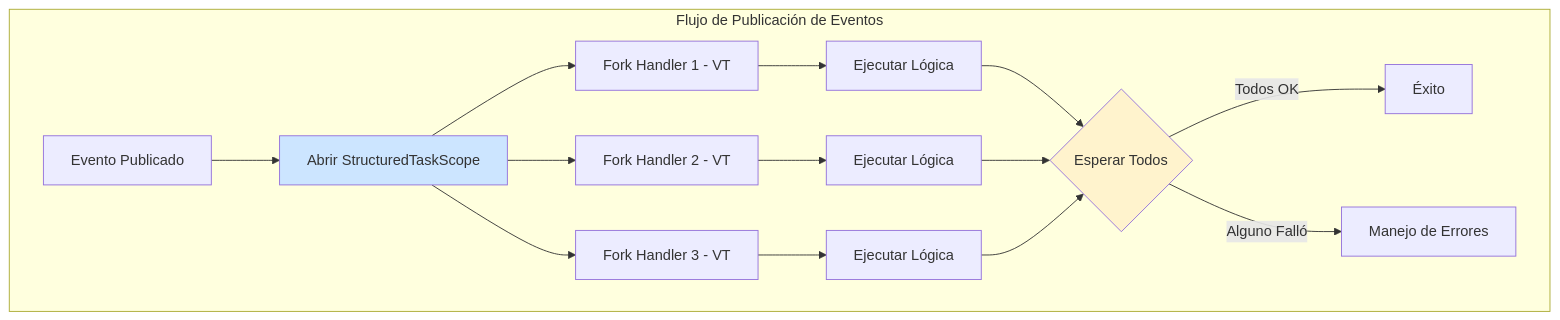
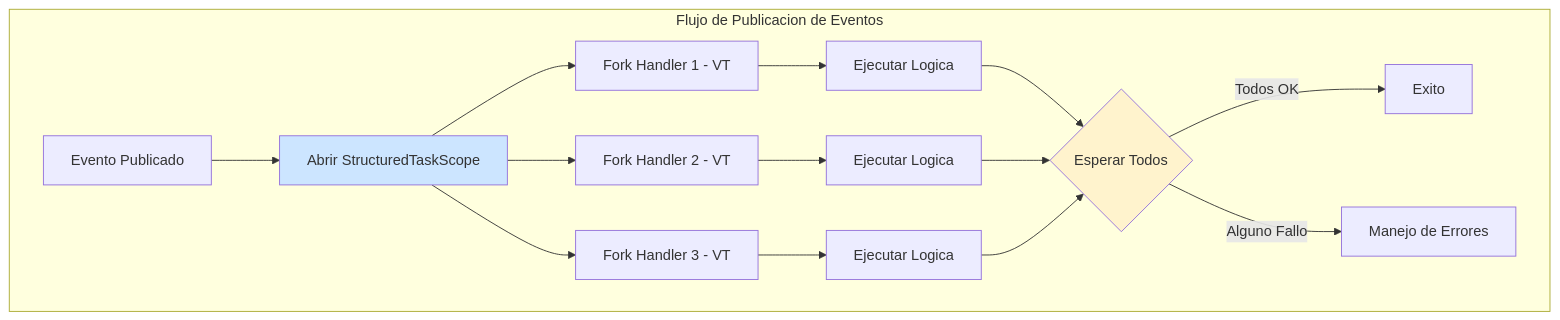
The third of 4 diagrams in 01_Java_Core/patrones_strategy_y_observer_en_java_21:_implementación_con_sealed_interfaces,_pattern_matching_sobre_records_y_desacoplamiento_funcional_sin_efectos_secundarios_STAFF.md (Joaquinriosheredia/DAM-Java-Mastery), drawn with Mermaid before and after one commit. The commit also changed other lines of this file, not shown here.

````diff
--- a/01_Java_Core/patrones_strategy_y_observer_en_java_21:_implementación_con_sealed_interfaces,_pattern_matching_sobre_records_y_desacoplamiento_funcional_sin_efectos_secundarios_STAFF.md
+++ b/01_Java_Core/patrones_strategy_y_observer_en_java_21:_implementación_con_sealed_interfaces,_pattern_matching_sobre_records_y_desacoplamiento_funcional_sin_efectos_secundarios_STAFF.md
@@ -298,23 +347,23 @@
 ```mermaid
 graph TD
-    subgraph "Flujo de Publicación de Eventos"
+    subgraph "Flujo de Publicacion de Eventos"
         EVT[Evento Publicado] --> SCOPE[Abrir StructuredTaskScope]
         SCOPE --> FORK1[Fork Handler 1 - VT]
         SCOPE --> FORK2[Fork Handler 2 - VT]
         SCOPE --> FORK3[Fork Handler 3 - VT]
         
-        FORK1 --> EXEC1[Ejecutar Lógica]
-        FORK2 --> EXEC2[Ejecutar Lógica]
-        FORK3 --> EXEC3[Ejecutar Lógica]
+        FORK1 --> EXEC1[Ejecutar Logica]
+        FORK2 --> EXEC2[Ejecutar Logica]
+        FORK3 --> EXEC3[Ejecutar Logica]
         
         EXEC1 --> JOIN{Esperar Todos}
         EXEC2 --> JOIN
         EXEC3 --> JOIN
         
-        JOIN -->|Todos OK| DONE[Éxito]
-        JOIN -->|Alguno Falló| ERR[Manejo de Errores]
+        JOIN -->|Todos OK| DONE[Exito]
+        JOIN -->|Alguno Fallo| ERR[Manejo de Errores]
     end
     
     style SCOPE fill:#cce5ff
     style JOIN fill:#fff3cd
 ```
````
